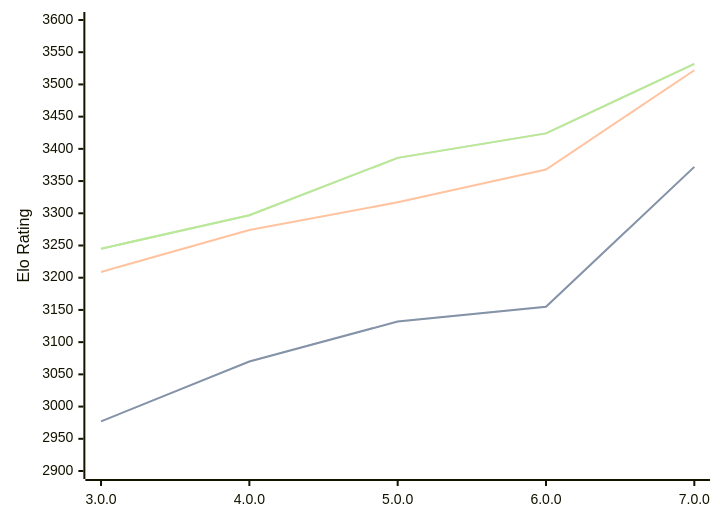
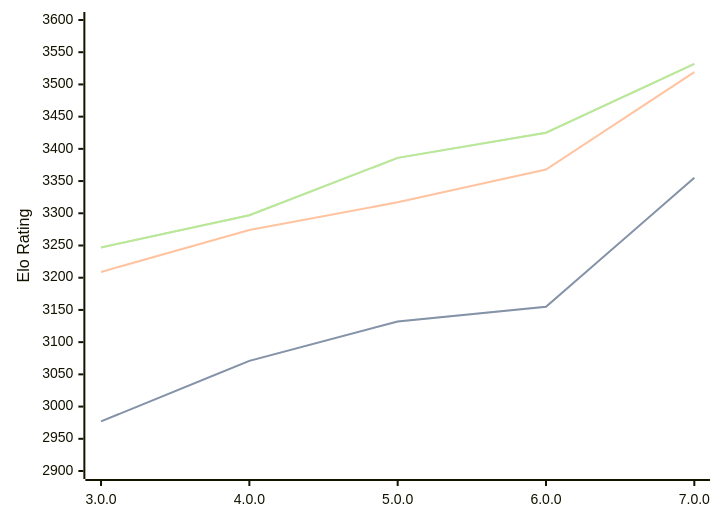
The diagram in engines/Minke.md (computer-chess-index/cci), drawn with Mermaid before and after one commit. The commit also changed other lines of this file, not shown here.

Commit message:
Update CCI Ratings (ELO VLTC) - 2026-08-29

````diff
--- a/engines/Minke.md
+++ b/engines/Minke.md
@@ -35,11 +35,11 @@
 ```mermaid
 %%{init: {"theme":"base","themeVariables":{"seriesColors:['#a3a3a3','#222221','#faa371']}}}%%
 xychart-beta
   x-axis ["3.0.0", "4.0.0", "5.0.0", "6.0.0", "7.0.0"]
   y-axis "Elo Rating" 2900 --> 3600
-  line "" [2977, 3070, 3132, 3155, 3372]
-  line "STC (8.0+0.08s)" [2977, 3070, 3132, 3155, 3372]
-  line "LTC (60.0+0.60s)" [3209, 3274, 3317, 3368, 3522]
-  line "" [3245, 3297, 3386, 3424, 3532]
-  line "VLTC (2m24s+1.12s)" [3245, 3297, 3386, 3424, 3532]
+  line "" [2977, 3071, 3132, 3155, 3355]
+  line "STC (8.0+0.08s)" [2977, 3071, 3132, 3155, 3355]
+  line "LTC (60.0+0.60s)" [3209, 3274, 3317, 3368, 3519]
+  line "" [3247, 3297, 3386, 3425, 3532]
+  line "VLTC (2m24s+1.12s)" [3247, 3297, 3386, 3425, 3532]
 ```
````
